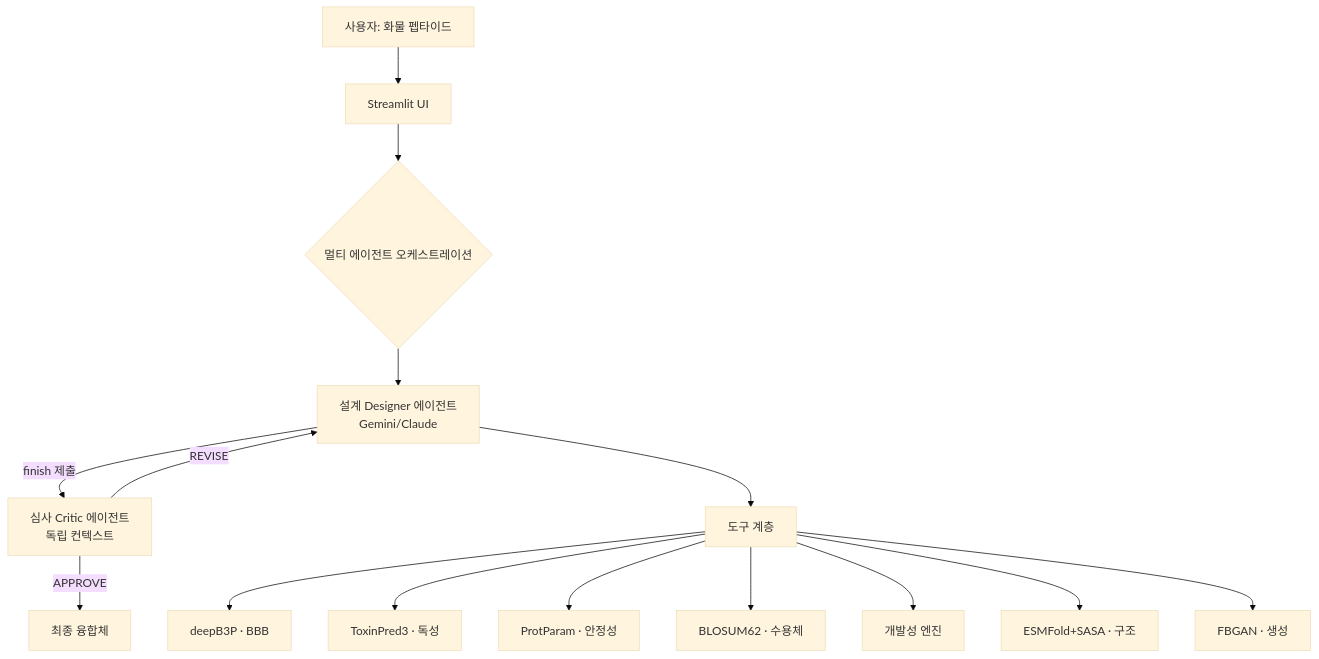
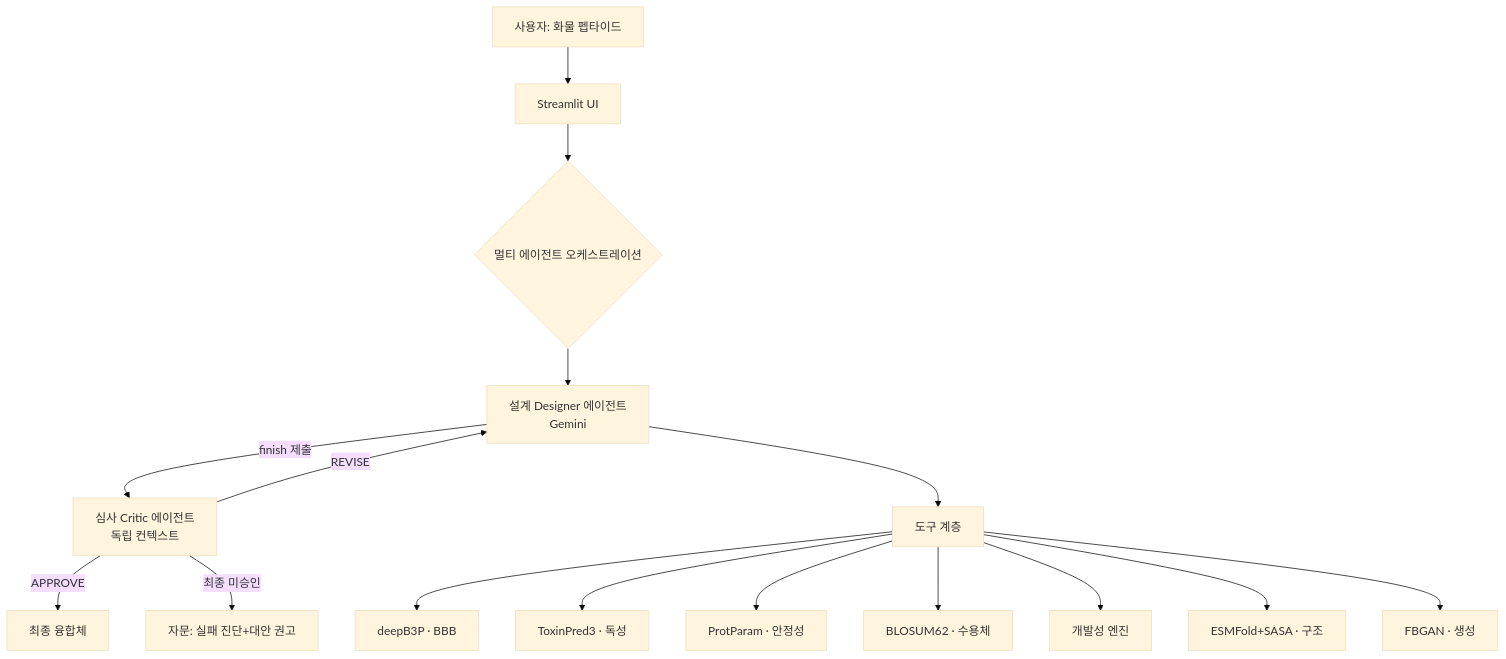
One commit to yunseul6028/BBB-Optimizer changed the diagram in 기획서.md. Above: the diagram before and after it, drawn with Mermaid (base theme). The commit also changed other lines of this file and 2 other files, not shown here.

````diff
--- a/기획서.md
+++ b/기획서.md
@@ -49,17 +49,18 @@
 ```mermaid
 flowchart TB
   U[사용자: 화물 펩타이드] --> UI[Streamlit UI]
   UI --> ORCH{멀티 에이전트 오케스트레이션}
-  ORCH --> DES[설계 Designer 에이전트<br/>Gemini/Claude]
+  ORCH --> DES[설계 Designer 에이전트<br/>Gemini]
   DES -- finish 제출 --> CRIT[심사 Critic 에이전트<br/>독립 컨텍스트]
   CRIT -- REVISE --> DES
   CRIT -- APPROVE --> OUT[최종 융합체]
+  CRIT -- 최종 미승인 --> REC[자문: 실패 진단+대안 권고]
   DES --> TOOLS[도구 계층]
   TOOLS --> E1[deepB3P · BBB]
   TOOLS --> E2[ToxinPred3 · 독성]
   TOOLS --> E3[ProtParam · 안정성]
   TOOLS --> E4[BLOSUM62 · 수용체]
   TOOLS --> E5[개발성 엔진]
   TOOLS --> E6[ESMFold+SASA · 구조]
   TOOLS --> E7[FBGAN · 생성]
 ```
````
